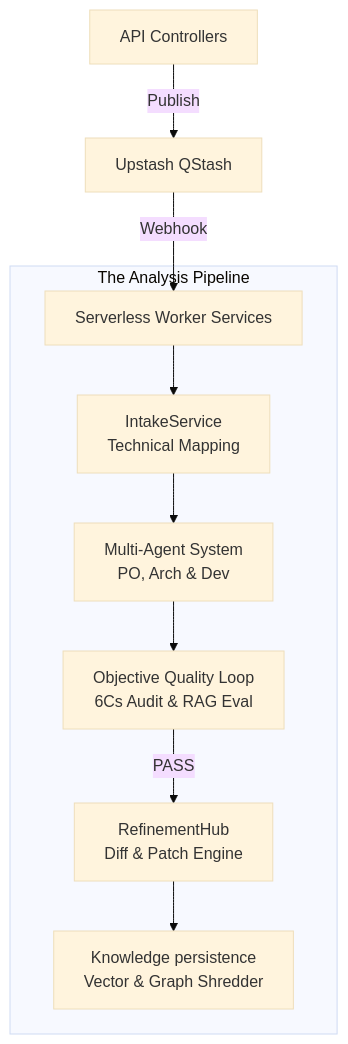
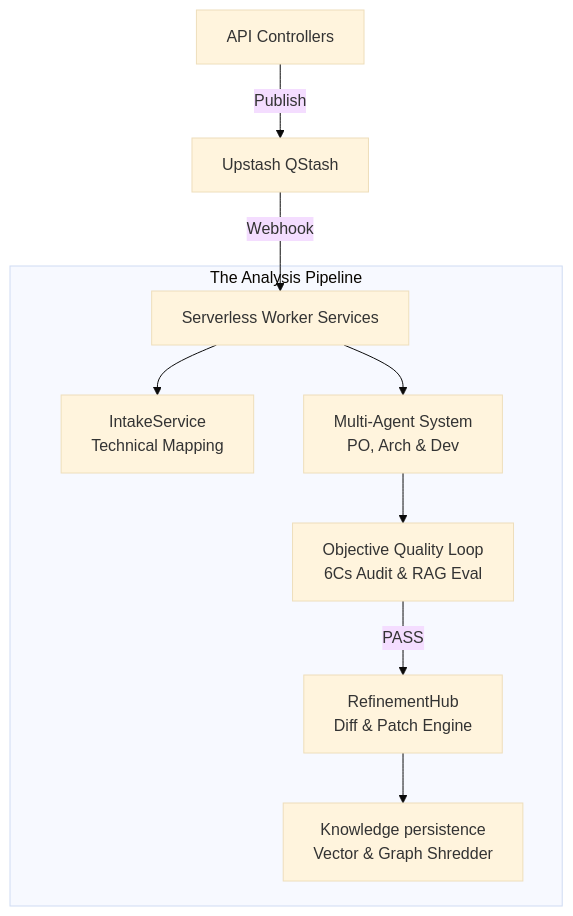
The diagram in backend/README.md (Aniket-a14/SRA), drawn with Mermaid (base theme) before and after one commit. The commit also changed other lines of this file and 15 other files, not shown here.

````diff
--- a/backend/README.md
+++ b/backend/README.md
@@ -14,13 +14,13 @@
 ```mermaid
 graph TD
     A[API Controllers] -->|Publish| Q[Upstash QStash]
     Q -->|Webhook| W[Serverless Worker Services]
 
     subgraph "The Analysis Pipeline"
         W --> L1[IntakeService<br/>Technical Mapping]
-        L1 --> L2[Multi-Agent System<br/>PO, Arch & Dev]
+        W --> L2[Multi-Agent System<br/>PO, Arch & Dev]
         L2 --> L3[Objective Quality Loop<br/>6Cs Audit & RAG Eval]
         L3 -->|PASS| L4[RefinementHub<br/>Diff & Patch Engine]
         L4 --> L5[Knowledge persistence<br/>Vector & Graph Shredder]
     end
 ```
````
